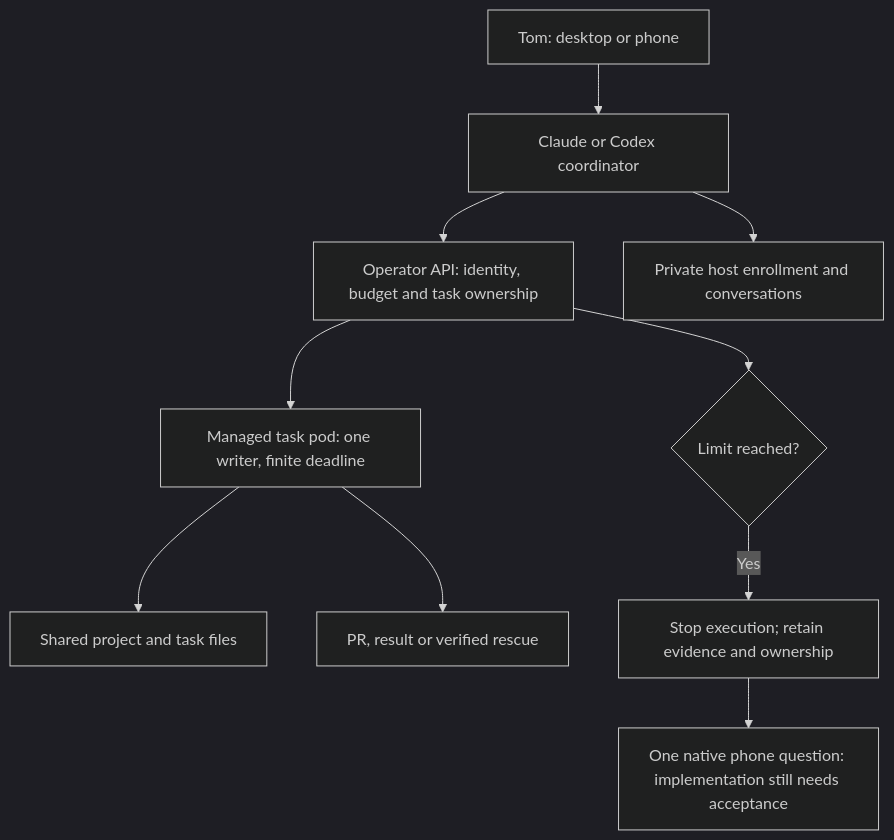
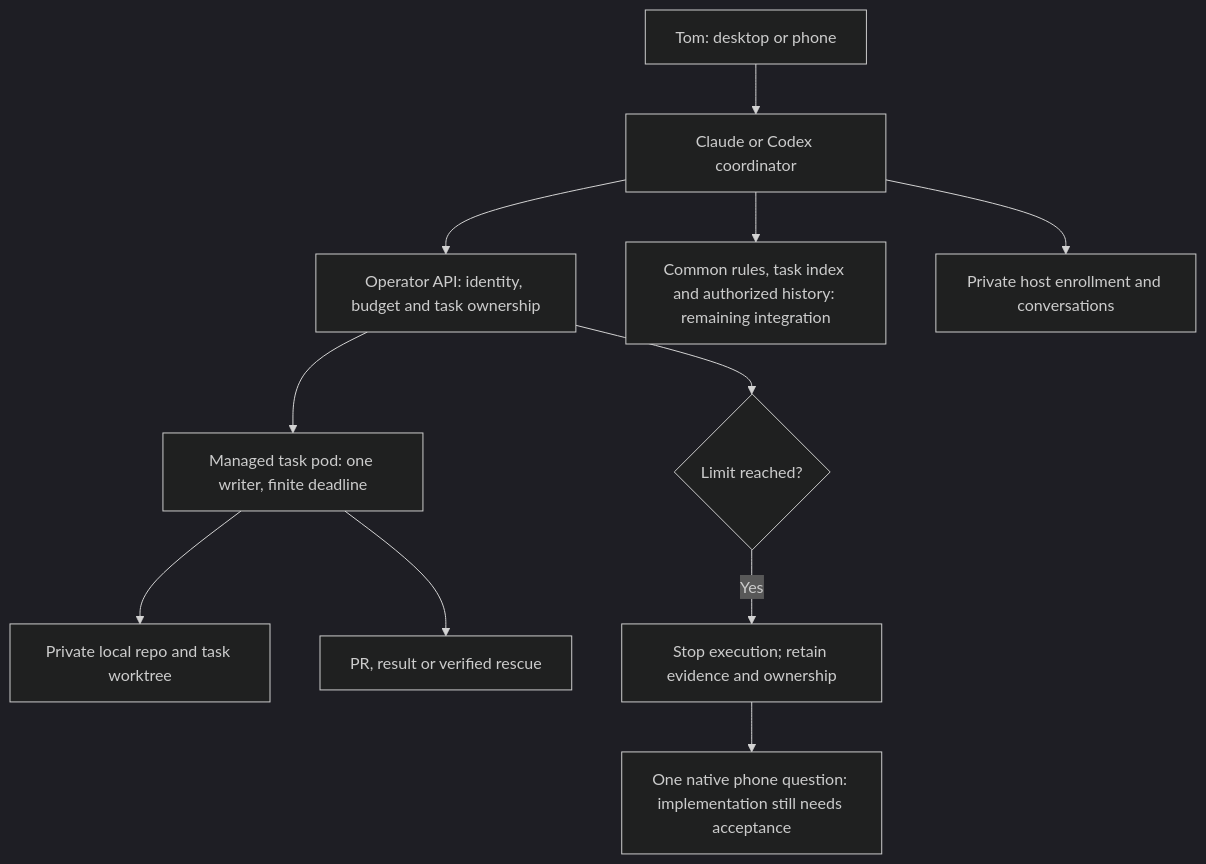
The diagram in docs/morning-test-guide.md (thaynes43/dev-env), drawn with Mermaid (dark theme) before and after one commit. The commit also changed other lines of this file and 23 other files, not shown here.

````diff
--- a/docs/morning-test-guide.md
+++ b/docs/morning-test-guide.md
@@ -28,12 +26,13 @@
 ```mermaid
 flowchart TD
     Owner["Tom: desktop or phone"] --> Coordinator["Claude or Codex coordinator"]
     Coordinator --> API["Operator API: identity, budget and task ownership"]
     API --> Worker["Managed task pod: one writer, finite deadline"]
-    Worker --> Shared["Shared project and task files"]
+    Worker --> Local["Private local repo and task worktree"]
+    Coordinator --> Context["Common rules, task index and authorized history: remaining integration"]
     Coordinator --> Private["Private host enrollment and conversations"]
     Worker --> Result["PR, result or verified rescue"]
     API --> Limit{"Limit reached?"}
     Limit -->|Yes| Stop["Stop execution; retain evidence and ownership"]
     Stop --> Ask["One native phone question: implementation still needs acceptance"]
 ```
````
